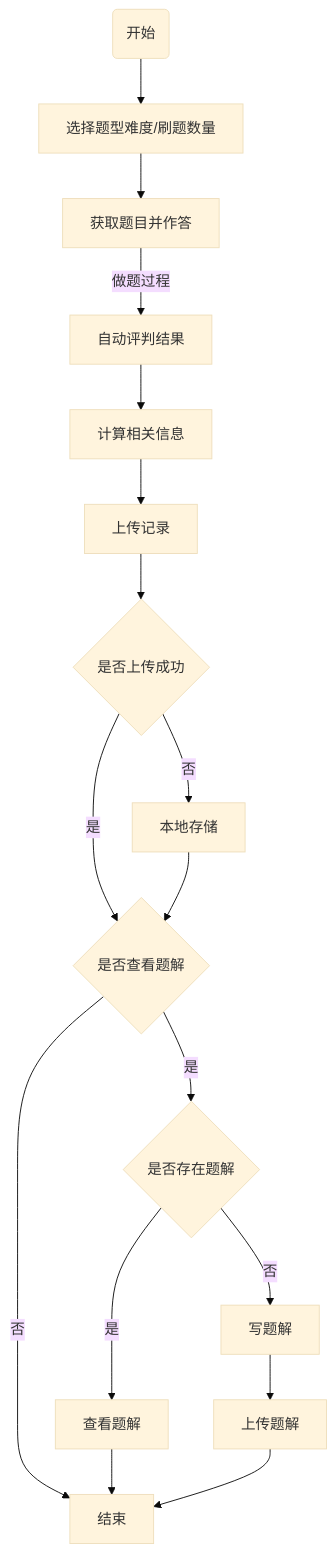
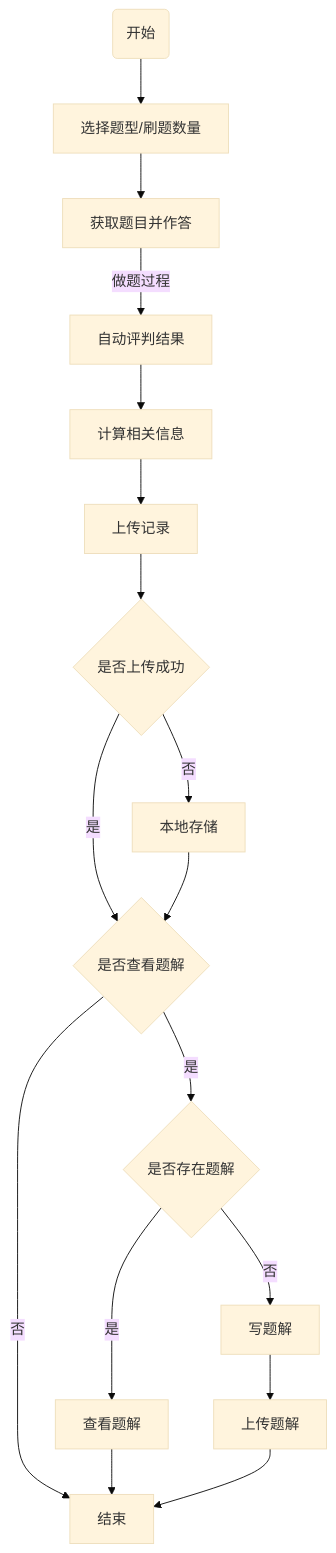
One commit to SnapdragonLee/Newbee-English changed the first of 4 diagrams in docs/Requirements.md. Above: the diagram before and after it, drawn with Mermaid (base theme). The commit also changed other lines of this file, not shown here.

````diff
--- a/docs/Requirements.md
+++ b/docs/Requirements.md
@@ -289,10 +290,10 @@
 ```mermaid
 graph TD
-A1(开始) -->B1[选择题型难度/刷题数量]-->C1[获取题目并作答]-->|做题过程|D1[自动评判结果]-->E1[计算相关信息]-->F1[上传记录]-->G1{是否上传成功}
+A1(开始) -->B1[选择题型/刷题数量]-->C1[获取题目并作答]-->|做题过程|D1[自动评判结果]-->E1[计算相关信息]-->F1[上传记录]-->G1{是否上传成功}
 G1-->|是|H1{是否查看题解}
 G1-->|否|H2[本地存储]-->H1
 H1-->|是|Y2{是否存在题解}
 H1-->|否|Y1[结束]
 Y2-->|是|Z22[查看题解]-->Y1
 Y2-->|否|Z21[写题解]-->Z211[上传题解]-->Y1
 ```
````
